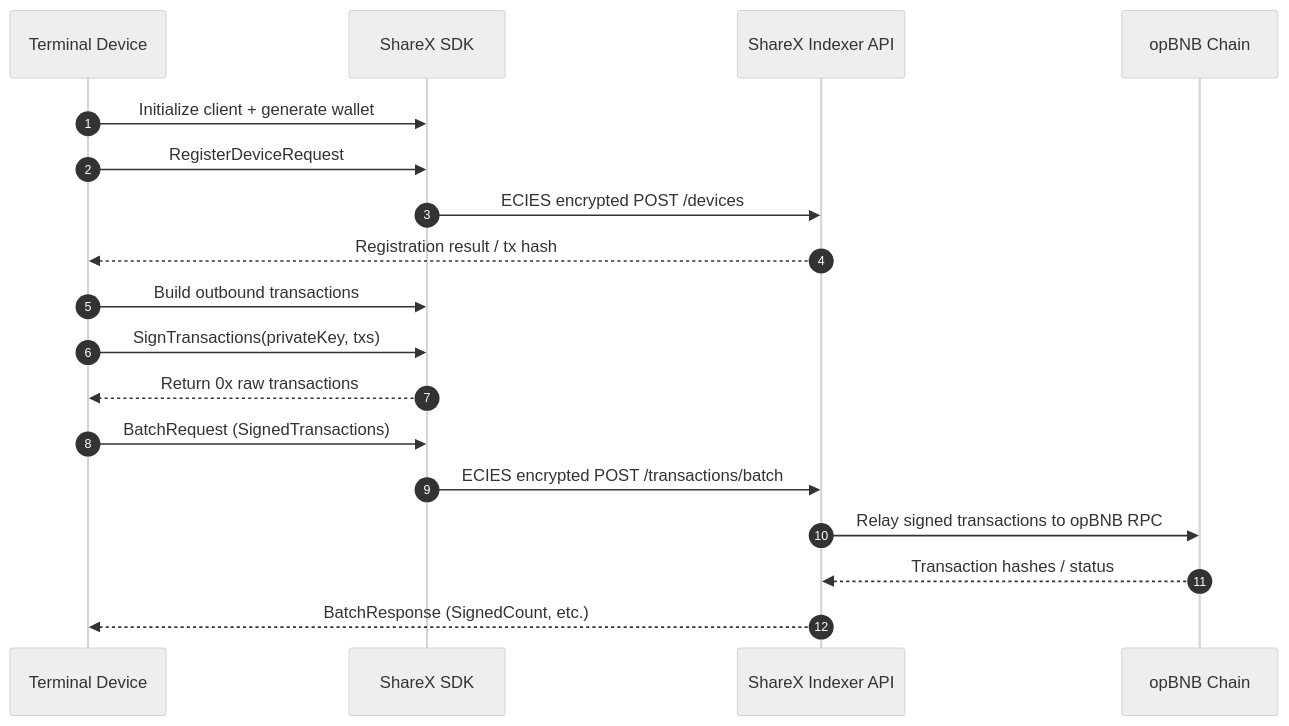
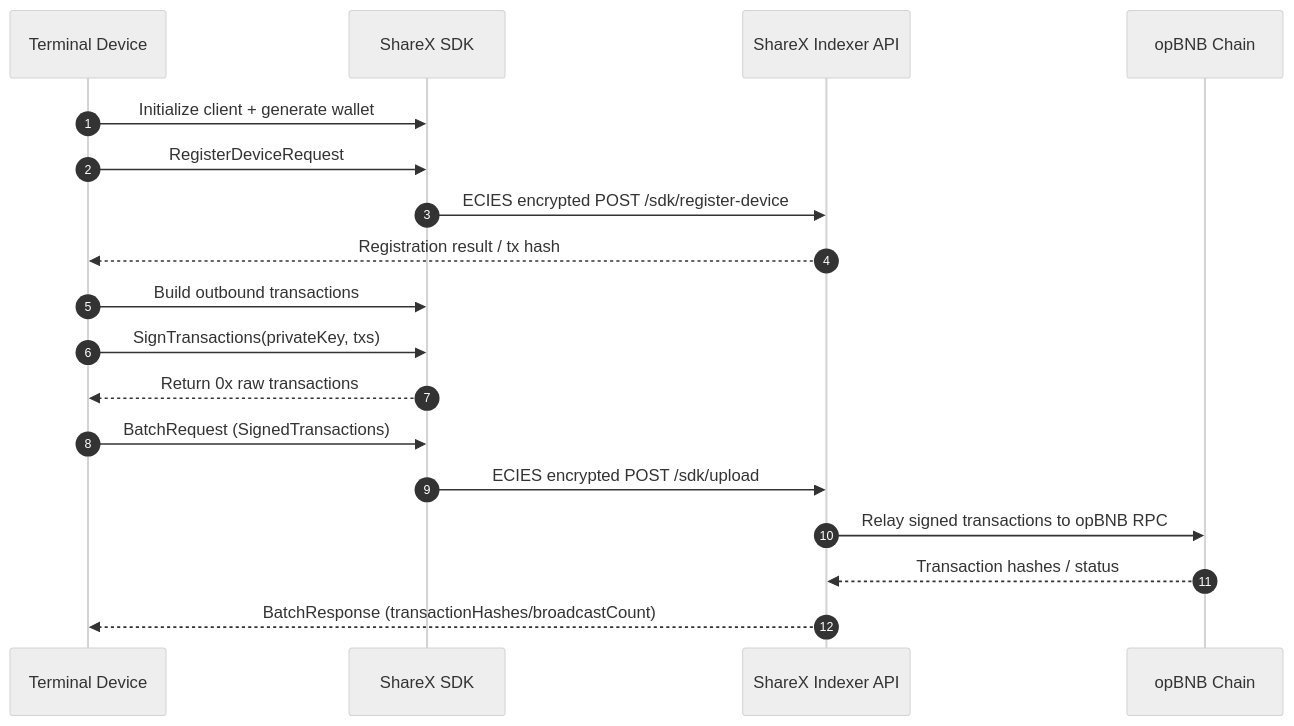
One commit to sharex-org/sharex-sdk-go changed the diagram in README.md. Above: the diagram before and after it, drawn with Mermaid (neutral theme). The commit also changed other lines of this file and 3 other files, not shown here.

First line of the commit message:
refactor: update API endpoints and response structures for device registration and transaction uploads

````diff
--- a/README.md
+++ b/README.md
@@ -100,23 +100,23 @@
 ```mermaid
 sequenceDiagram
     autonumber
     participant Terminal as Terminal Device
     participant SDK as ShareX SDK
     participant Indexer as ShareX Indexer API
     participant Chain as opBNB Chain
 
     Terminal->>SDK: Initialize client + generate wallet
     Terminal->>SDK: RegisterDeviceRequest
-    SDK->>Indexer: ECIES encrypted POST /devices
+    SDK->>Indexer: ECIES encrypted POST /sdk/register-device
     Indexer-->>Terminal: Registration result / tx hash
 
     Terminal->>SDK: Build outbound transactions
     Terminal->>SDK: SignTransactions(privateKey, txs)
     SDK-->>Terminal: Return 0x raw transactions
 
     Terminal->>SDK: BatchRequest (SignedTransactions)
-    SDK->>Indexer: ECIES encrypted POST /transactions/batch
+    SDK->>Indexer: ECIES encrypted POST /sdk/upload
     Indexer->>Chain: Relay signed transactions to opBNB RPC
     Chain-->>Indexer: Transaction hashes / status
-    Indexer-->>Terminal: BatchResponse (SignedCount, etc.)
+    Indexer-->>Terminal: BatchResponse (transactionHashes/broadcastCount)
 ```
````
